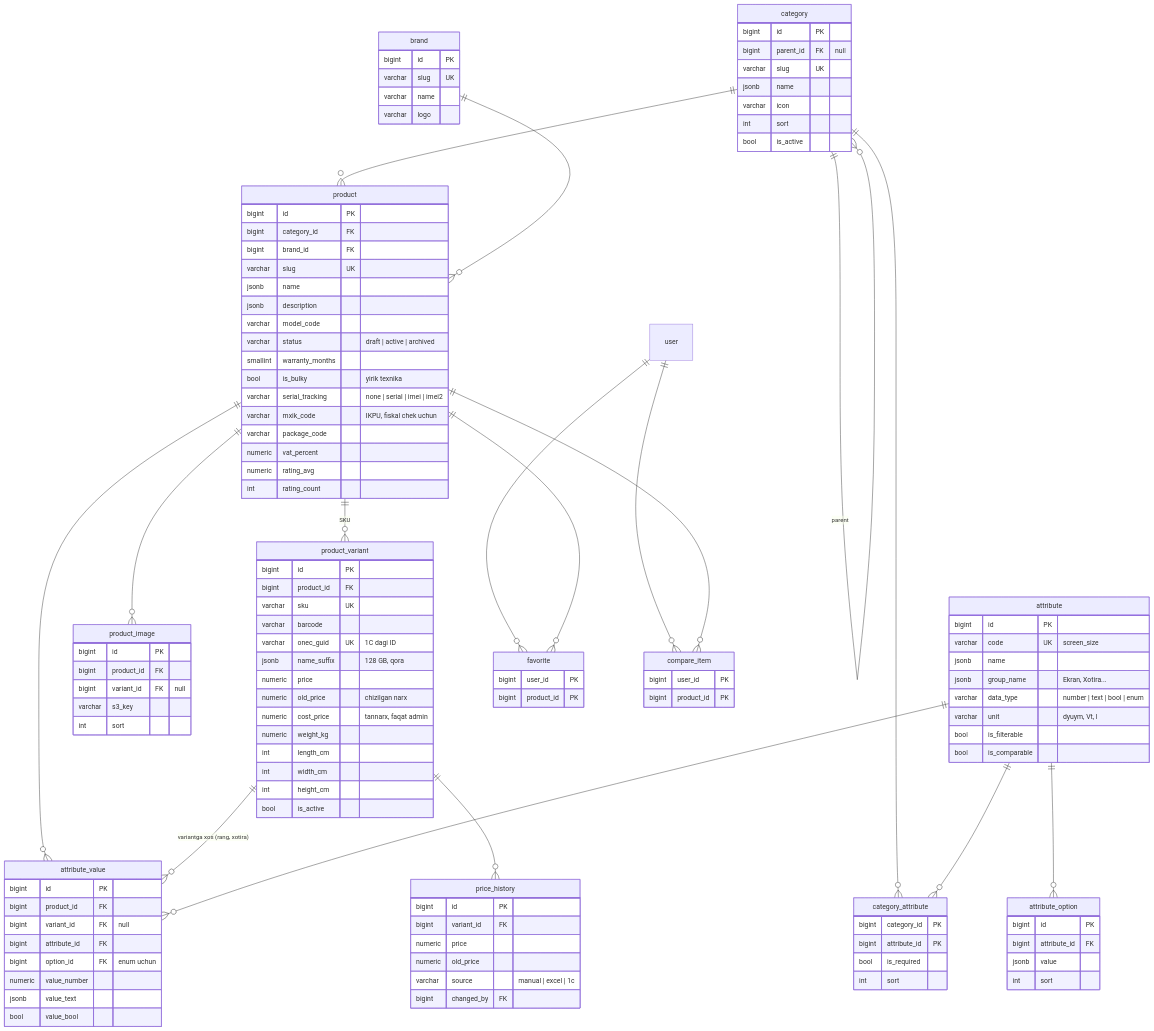
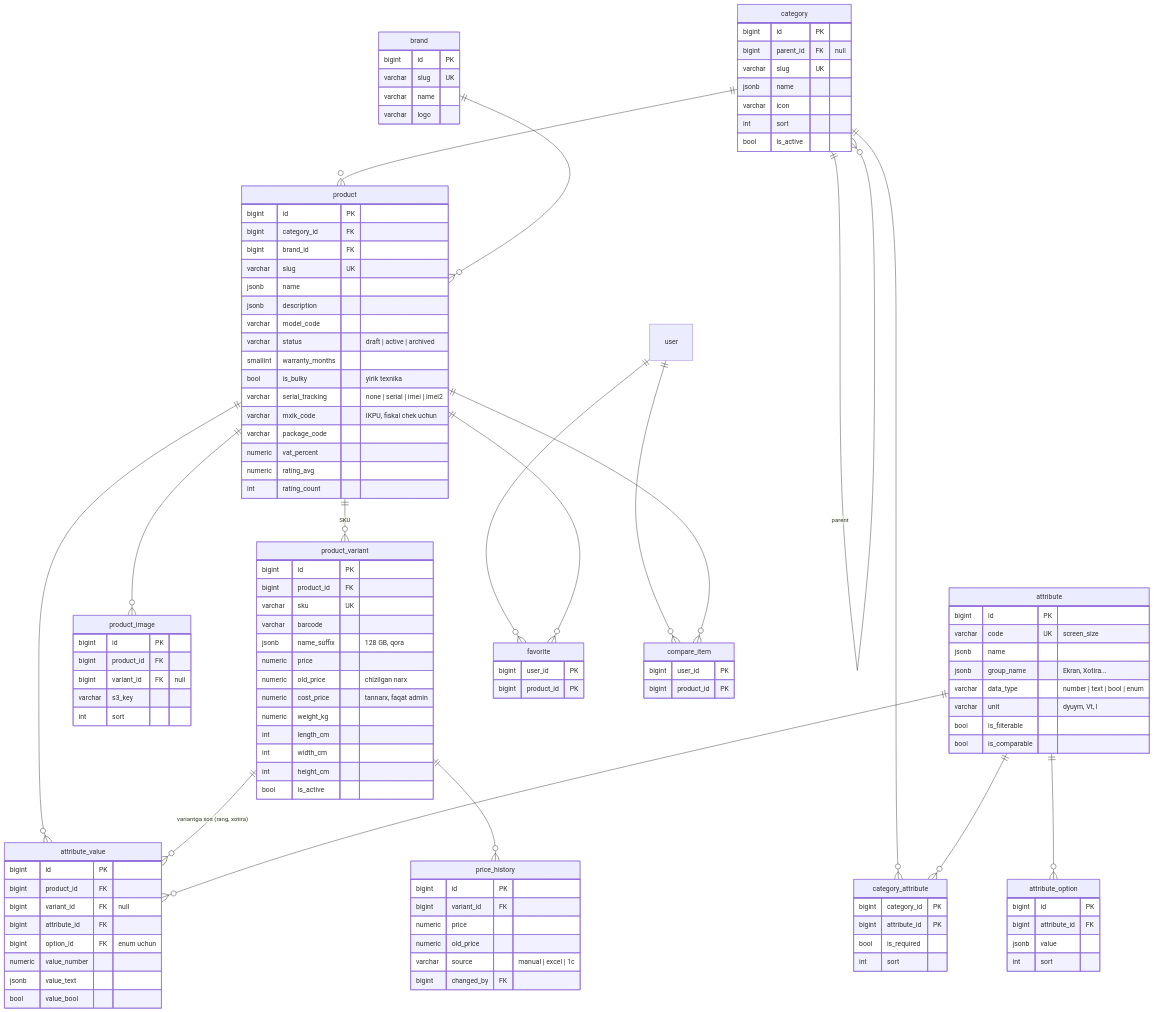
Before and after one commit to azizmuksinov/Azzxauusd: the second of 8 diagrams in docs/02-mb-sxemasi.md, drawn with Mermaid. The commit also changed other lines of this file and 97 other files, not shown here.

```diff
--- a/docs/02-mb-sxemasi.md
+++ b/docs/02-mb-sxemasi.md
@@ -139,7 +139,6 @@
         bigint product_id FK
         varchar sku UK
         varchar barcode
-        varchar onec_guid UK "1C dagi ID"
         jsonb name_suffix "128 GB, qora"
         numeric price
         numeric old_price "chizilgan narx"
```
